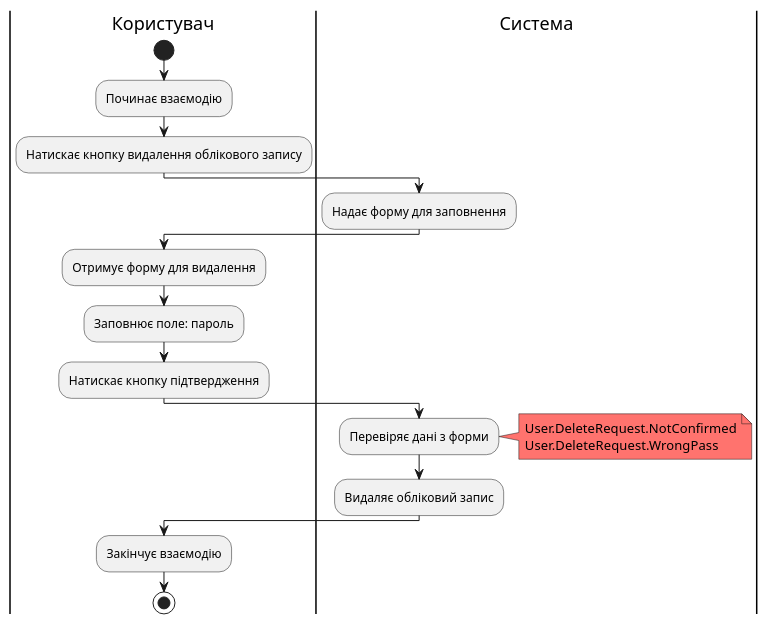
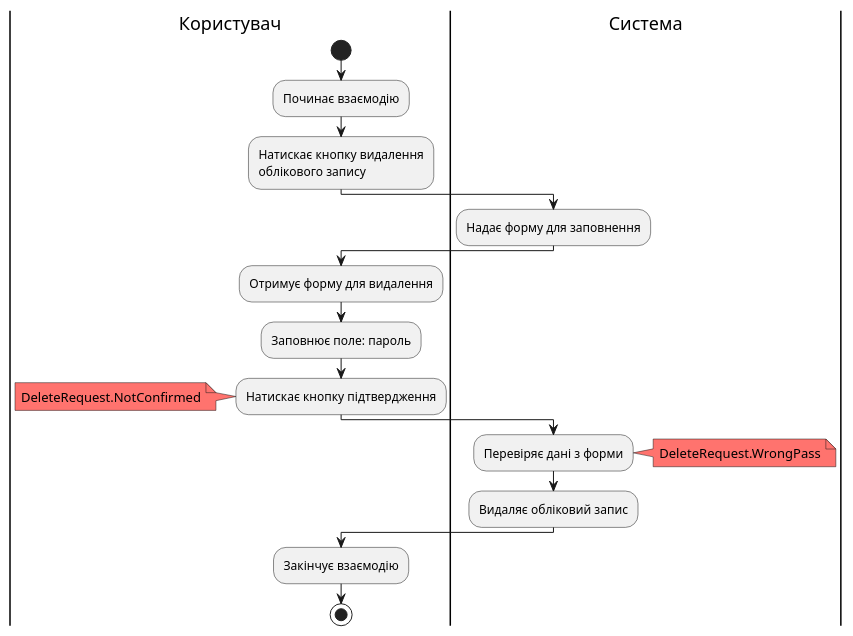
The ninth of 14 diagrams in docs/use cases/README.md (nonGratis/retarder-io-23-3), drawn with PlantUML before and after one commit. The commit also changed other lines of this file, not shown here.

Commit message:
correct User.Data_filter UML

````diff
--- a/docs/use cases/README.md
+++ b/docs/use cases/README.md
@@ -286,25 +286,27 @@
 ```plantuml
 @startuml
 |Користувач|
     start
     :Починає взаємодію;
-    :Натискає кнопку видалення облікового запису;
+    :Натискає кнопку видалення\nоблікового запису;
 |Система|
     :Надає форму для заповнення;
 |Користувач|
     :Отримує форму для видалення;
     :Заповнює поле: пароль;
     :Натискає кнопку підтвердження;
+        note left #FF736E
+            DeleteRequest.NotConfirmed
+        end note
 |Система|
     :Перевіряє дані з форми;
         note right #FF736E
-            User.DeleteRequest.NotConfirmed
-            User.DeleteRequest.WrongPass
+            DeleteRequest.WrongPass
         end note
 
     :Видаляє обліковий запис;
 
 |Користувач|
     :Закінчує взаємодію;
     stop;
 ```
````
